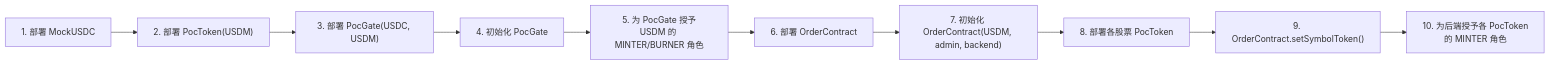
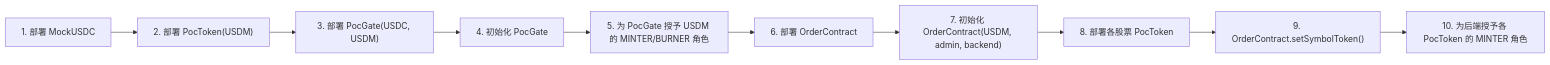
The tenth of 10 diagrams in rwa/docs/smart-contracts.md (Light-Alex/dapp-projects), drawn with Mermaid before and after one commit. The commit also changed other lines of this file and 56 other files, not shown here.

````diff
--- a/rwa/docs/smart-contracts.md
+++ b/rwa/docs/smart-contracts.md
@@ -488,12 +671,12 @@
 ```mermaid
 graph LR
     Step1["1. 部署 MockUSDC"] --> Step2["2. 部署 PocToken(USDM)"]
     Step2 --> Step3["3. 部署 PocGate(USDC, USDM)"]
     Step3 --> Step4["4. 初始化 PocGate"]
-    Step4 --> Step5["5. 为 PocGate 授予<br/>USDM 的 MINTER/BURNER 角色"]
+    Step4 --> Step5["5. 为 PocGate 授予 USDM 的 MINTER/BURNER 角色"]
     Step5 --> Step6["6. 部署 OrderContract"]
     Step6 --> Step7["7. 初始化 OrderContract(USDM, admin, backend)"]
     Step7 --> Step8["8. 部署各股票 PocToken"]
     Step8 --> Step9["9. OrderContract.setSymbolToken()"]
-    Step9 --> Step10["10. 为后端授予各 PocToken<br/>的 MINTER 角色"]
+    Step9 --> Step10["10. 为后端授予各 PocToken 的 MINTER 角色"]
 ```
````
